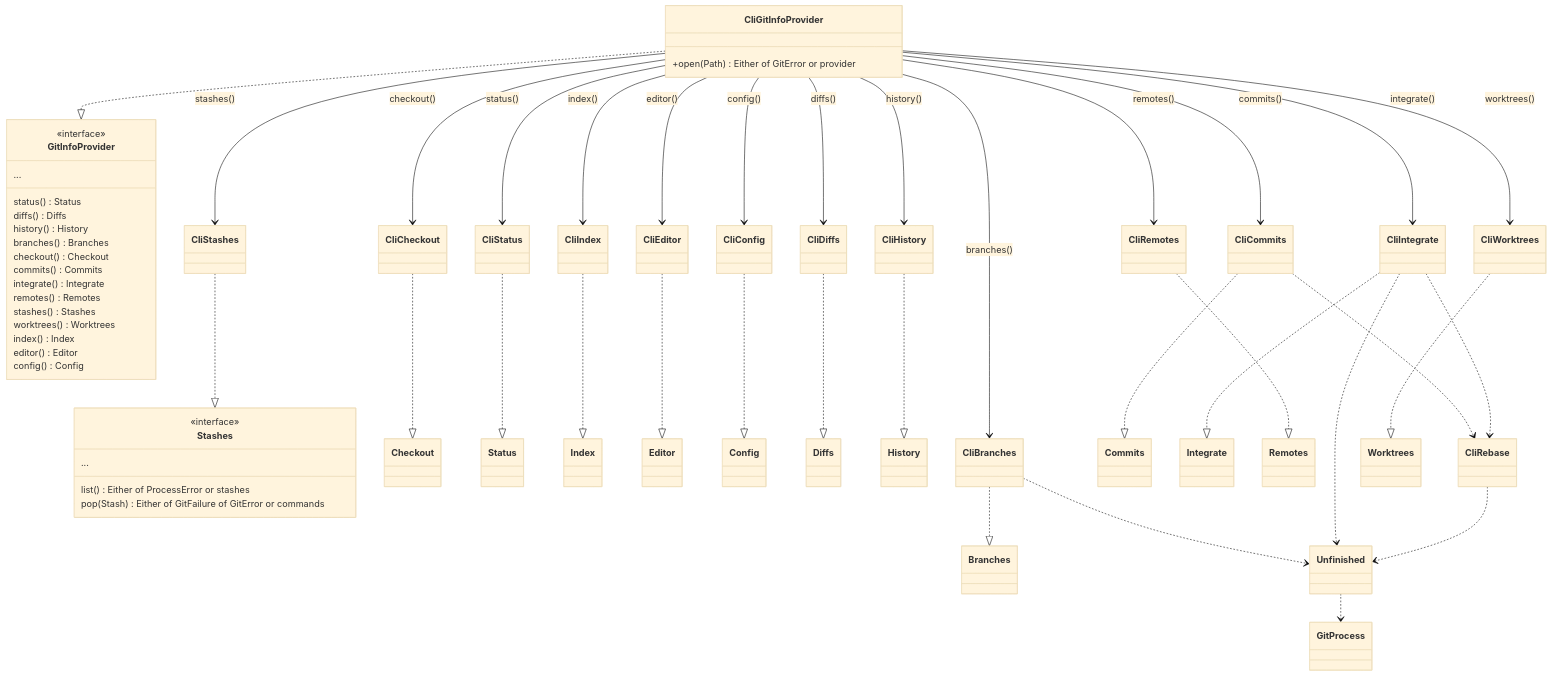
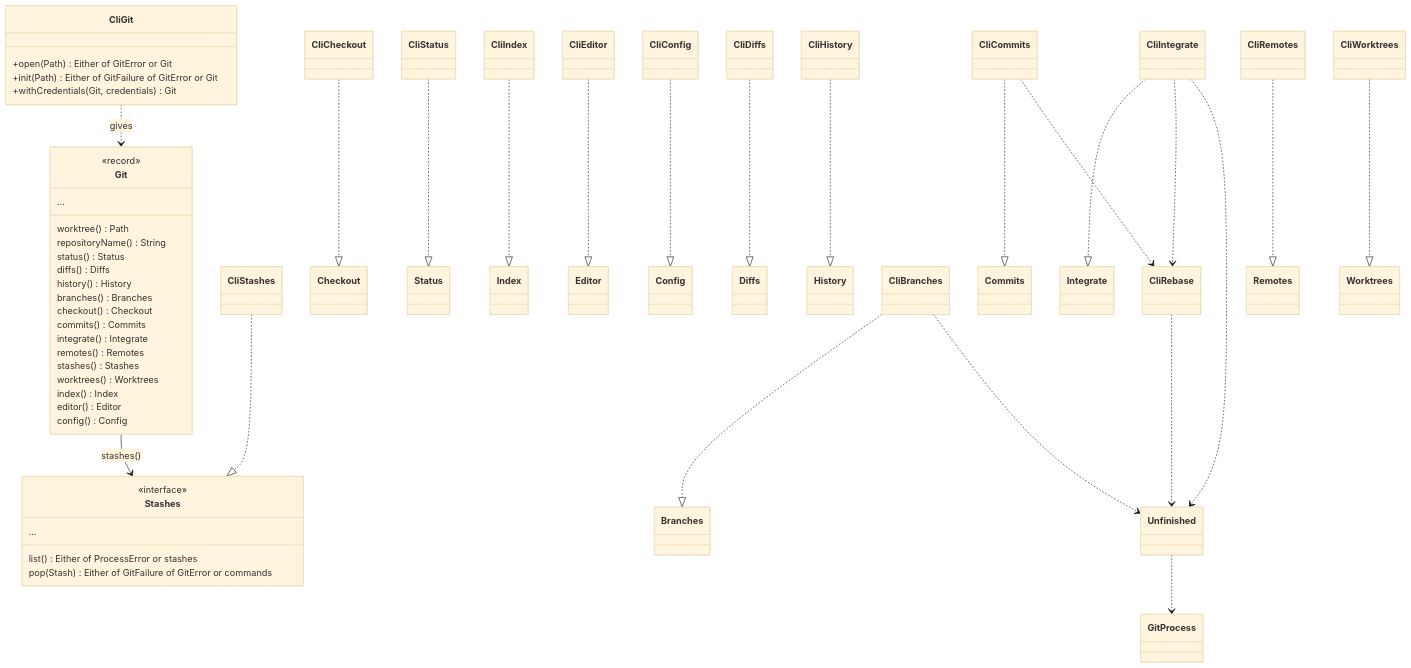
Before and after one commit to cvanfleteren/jazygit: the fourth of 7 diagrams in ARCHITECTURE.md, drawn with Mermaid (base theme). The commit also changed other lines of this file and 117 other files, not shown here.

First line of the commit message:
Git is a record of its roles: Git, CliGit, StubGit (#294, 1a, 13/13)

````diff
--- a/ARCHITECTURE.md
+++ b/ARCHITECTURE.md
@@ -832,62 +832,54 @@
 ```mermaid
 classDiagram
-    class GitInfoProvider {
-        <<interface>>
+    class Git {
+        <<record>>
+        worktree() Path
+        repositoryName() String
         status() Status
         diffs() Diffs
         history() History
         branches() Branches
         checkout() Checkout
         commits() Commits
         integrate() Integrate
         remotes() Remotes
         stashes() Stashes
         worktrees() Worktrees
         index() Index
         editor() Editor
         config() Config
         ...
     }
-    class CliGitInfoProvider {
-        +open(Path) Either of GitError or provider
+    class CliGit {
+        +open(Path) Either of GitError or Git
+        +init(Path) Either of GitFailure of GitError or Git
+        +withCredentials(Git, credentials) Git
     }
     class Stashes {
         <<interface>>
         list() Either of ProcessError or stashes
         pop(Stash) Either of GitFailure of GitError or commands
         ...
     }
-    CliGitInfoProvider ..|> GitInfoProvider
+    CliGit ..> Git : gives
+    Git --> Stashes : stashes()
     CliStashes ..|> Stashes
     CliCheckout ..|> Checkout
     CliStatus ..|> Status
     CliIndex ..|> Index
     CliEditor ..|> Editor
     CliConfig ..|> Config
     CliDiffs ..|> Diffs
     CliHistory ..|> History
     CliBranches ..|> Branches
     CliCommits ..|> Commits
     CliIntegrate ..|> Integrate
     CliRemotes ..|> Remotes
     CliIntegrate ..> CliRebase
-    CliGitInfoProvider --> CliCommits : commits()
     CliCommits ..> CliRebase
-    CliGitInfoProvider --> CliEditor : editor()
-    CliGitInfoProvider --> CliConfig : config()
     CliWorktrees ..|> Worktrees
-    CliGitInfoProvider --> CliWorktrees : worktrees()
-    CliGitInfoProvider --> CliStatus : status()
-    CliGitInfoProvider --> CliBranches : branches()
-    CliGitInfoProvider --> CliHistory : history()
-    CliGitInfoProvider --> CliDiffs : diffs()
-    CliGitInfoProvider --> CliCheckout : checkout()
-    CliGitInfoProvider --> CliIndex : index()
-    CliGitInfoProvider --> CliIntegrate : integrate()
-    CliGitInfoProvider --> CliStashes : stashes()
-    CliGitInfoProvider --> CliRemotes : remotes()
     CliRebase ..> Unfinished
     CliIntegrate ..> Unfinished
     CliBranches ..> Unfinished
     Unfinished ..> GitProcess
 ```
````
